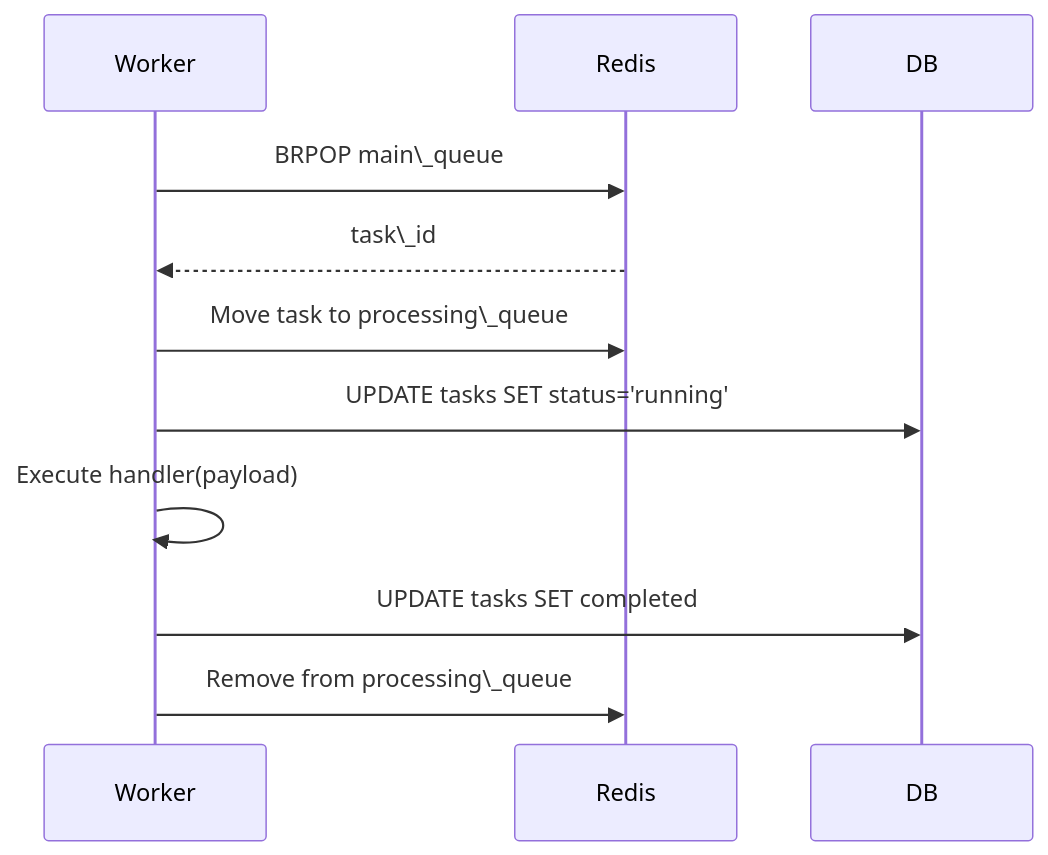
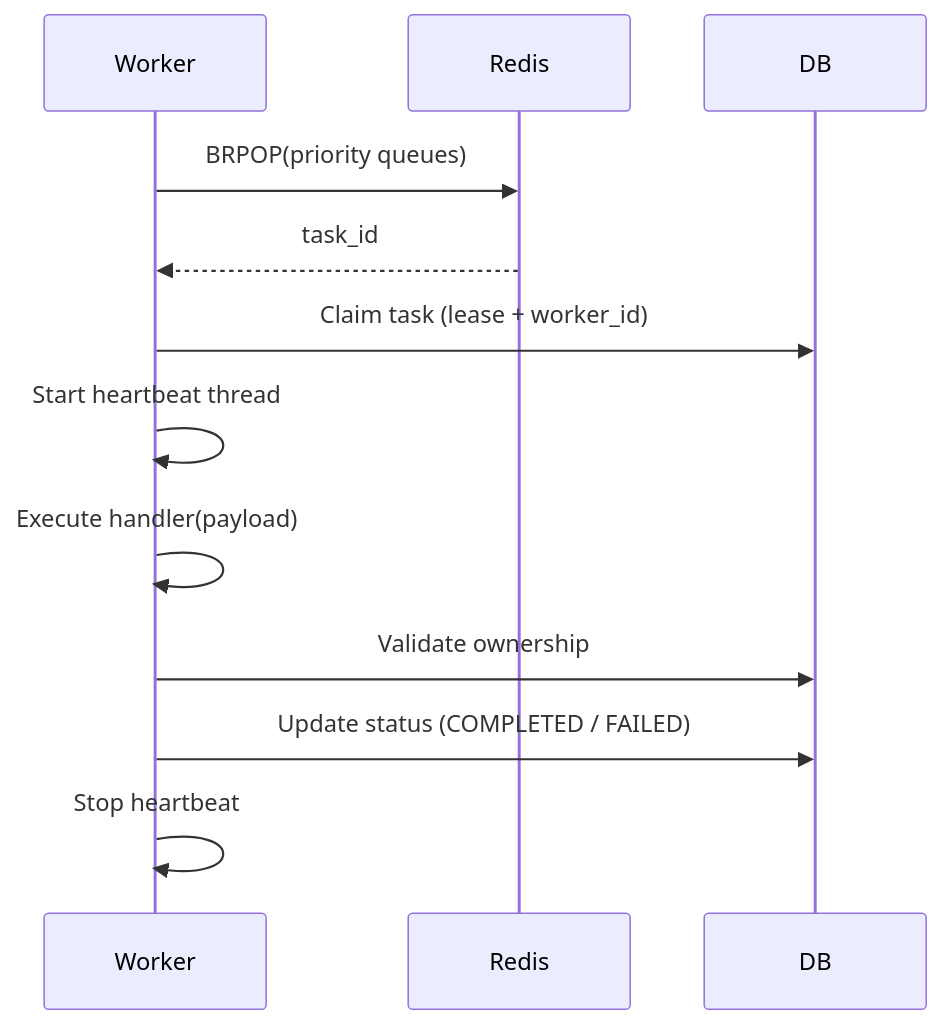
One commit to HVC640/Distributed-Task-Processing-Platform changed the third of 12 diagrams in architecture-diagram.md. Above: the diagram before and after it, drawn with Mermaid. The commit also changed other lines of this file and 4 other files, not shown here.

Commit message:
Enhance system documentation and architecture diagrams; add README with project overview, features, and setup instructions

````diff
--- a/architecture-diagram.md
+++ b/architecture-diagram.md
@@ -135,37 +68,20 @@
 ```mermaid
-
 sequenceDiagram
 
-
-
 participant Worker
-
 participant Redis
-
 participant DB
 
+Worker->>Redis: BRPOP(priority queues)
+Redis-->>Worker: task_id
 
-
-Worker->>Redis: BRPOP main\_queue
-
-Redis-->>Worker: task\_id
-
-
-
-Worker->>Redis: Move task to processing\_queue
-
-
-
-Worker->>DB: UPDATE tasks SET status='running'
-
-
+Worker->>DB: Claim task (lease + worker_id)
+Worker->>Worker: Start heartbeat thread
 
 Worker->>Worker: Execute handler(payload)
 
+Worker->>DB: Validate ownership
+Worker->>DB: Update status (COMPLETED / FAILED)
 
-
-Worker->>DB: UPDATE tasks SET completed
-
-Worker->>Redis: Remove from processing\_queue
-
+Worker->>Worker: Stop heartbeat
 ```
````
